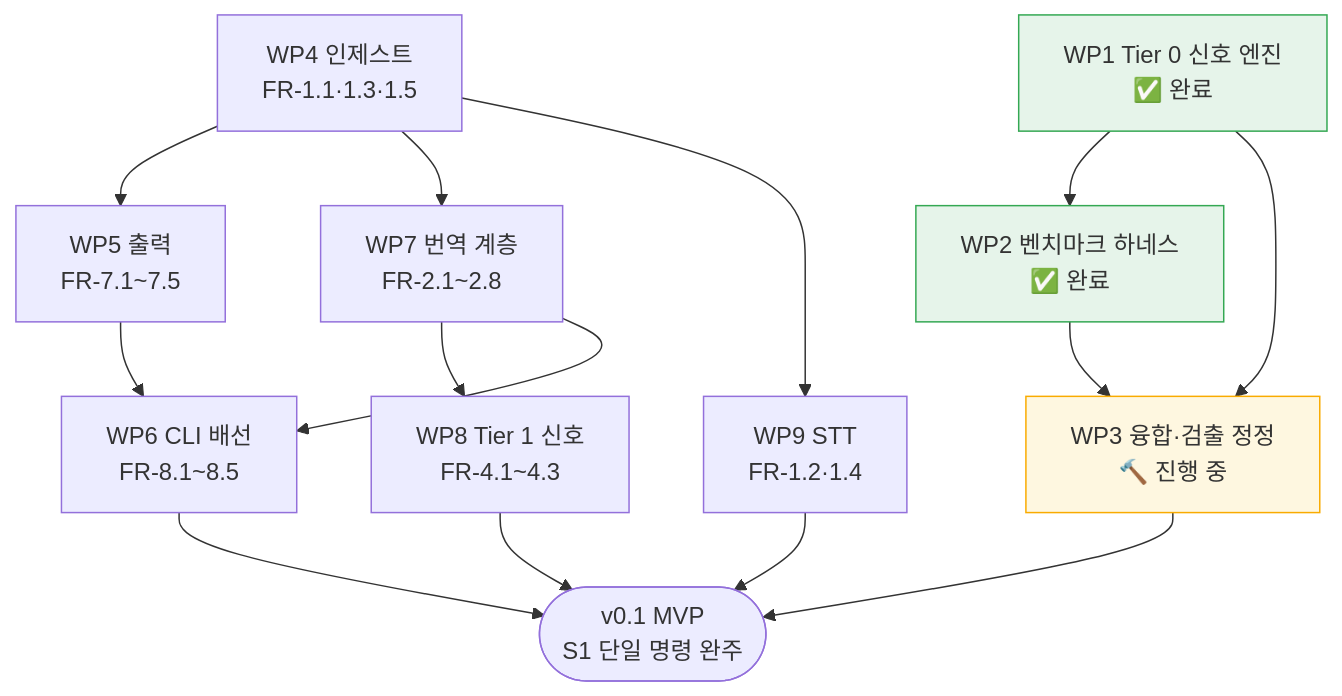
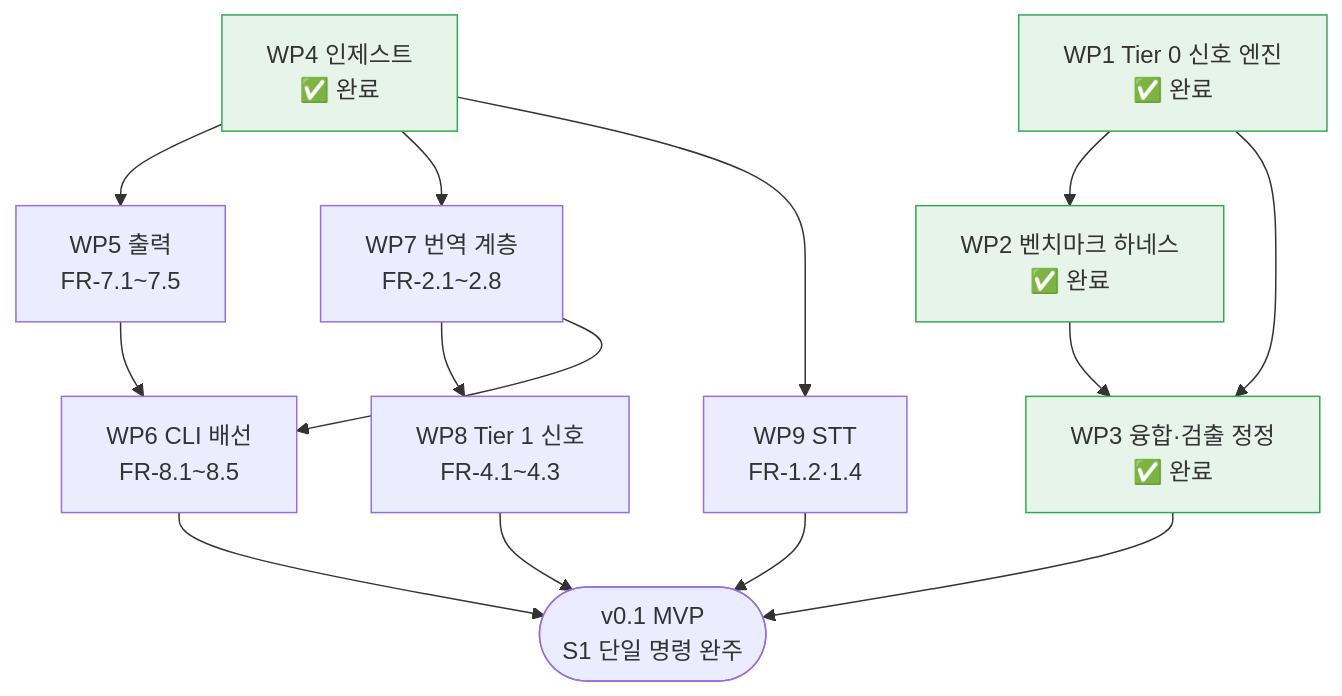
Before and after one commit to withwooyong/cuesift: the diagram in docs/WBS.md, drawn with Mermaid. The commit also changed other lines of this file and 1 other file, not shown here.

````diff
--- a/docs/WBS.md
+++ b/docs/WBS.md
@@ -68,31 +68,32 @@
 ```mermaid
 flowchart TD
     WP1["WP1 Tier 0 신호 엔진<br/>✅ 완료"]
     WP2["WP2 벤치마크 하네스<br/>✅ 완료"]
-    WP3["WP3 융합·검출 정정<br/>🔨 진행 중"]
-    WP4["WP4 인제스트<br/>FR-1.1·1.3·1.5"]
+    WP3["WP3 융합·검출 정정<br/>✅ 완료"]
+    WP4["WP4 인제스트<br/>✅ 완료"]
     WP5["WP5 출력<br/>FR-7.1~7.5"]
     WP6["WP6 CLI 배선<br/>FR-8.1~8.5"]
     WP7["WP7 번역 계층<br/>FR-2.1~2.8"]
     WP8["WP8 Tier 1 신호<br/>FR-4.1~4.3"]
     WP9["WP9 STT<br/>FR-1.2·1.4"]
     V01(["v0.1 MVP<br/>S1 단일 명령 완주"])
 
     WP1 --> WP2
     WP1 --> WP3
     WP2 --> WP3
     WP4 --> WP5
     WP4 --> WP7
     WP4 --> WP9
     WP5 --> WP6
     WP7 --> WP8
     WP7 --> WP6
     WP8 --> V01
     WP9 --> V01
     WP6 --> V01
     WP3 --> V01
 
     style WP1 fill:#e6f4ea,stroke:#34a853
     style WP2 fill:#e6f4ea,stroke:#34a853
-    style WP3 fill:#fef7e0,stroke:#f9ab00
+    style WP3 fill:#e6f4ea,stroke:#34a853
+    style WP4 fill:#e6f4ea,stroke:#34a853
 ```
````
